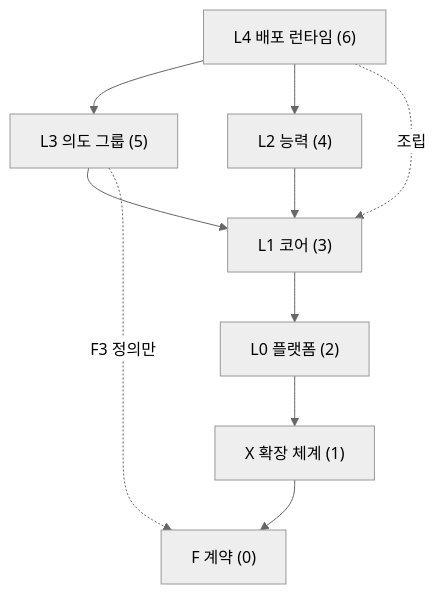
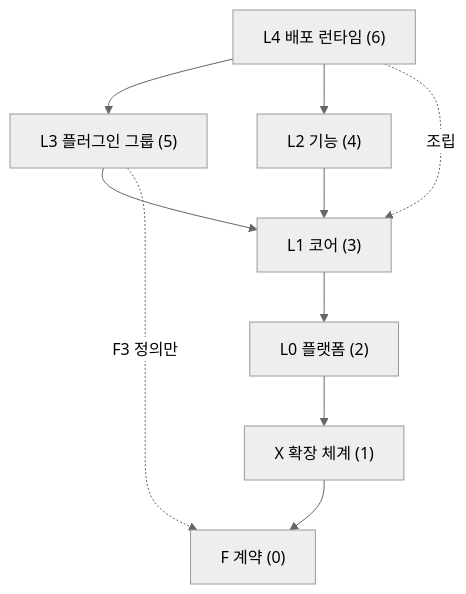
The first of 2 diagrams in docs/xeon/architecture/layers/spec.md (Rengod95/Helm-Agent_Docs_OS), drawn with Mermaid (neutral theme) before and after one commit. The commit also changed other lines of this file and 506 other files, not shown here.

````diff
--- a/docs/xeon/architecture/layers/spec.md
+++ b/docs/xeon/architecture/layers/spec.md
@@ -109,19 +110,19 @@
 ```mermaid
 flowchart TB
   L4["L4 배포 런타임 (6)"]
-  L3["L3 의도 그룹 (5)"]
-  L2["L2 능력 (4)"]
+  L3["L3 플러그인 그룹 (5)"]
+  L2["L2 기능 (4)"]
   L1["L1 코어 (3)"]
   L0["L0 플랫폼 (2)"]
   X["X 확장 체계 (1)"]
   F["F 계약 (0)"]
   L4 --> L3
   L4 --> L2
   L3 --> L1
   L2 --> L1
   L1 --> L0
   L0 --> X
   X --> F
   L3 -.->|"F3 정의만"| F
   L4 -.->|"조립"| L1
 ```
````
